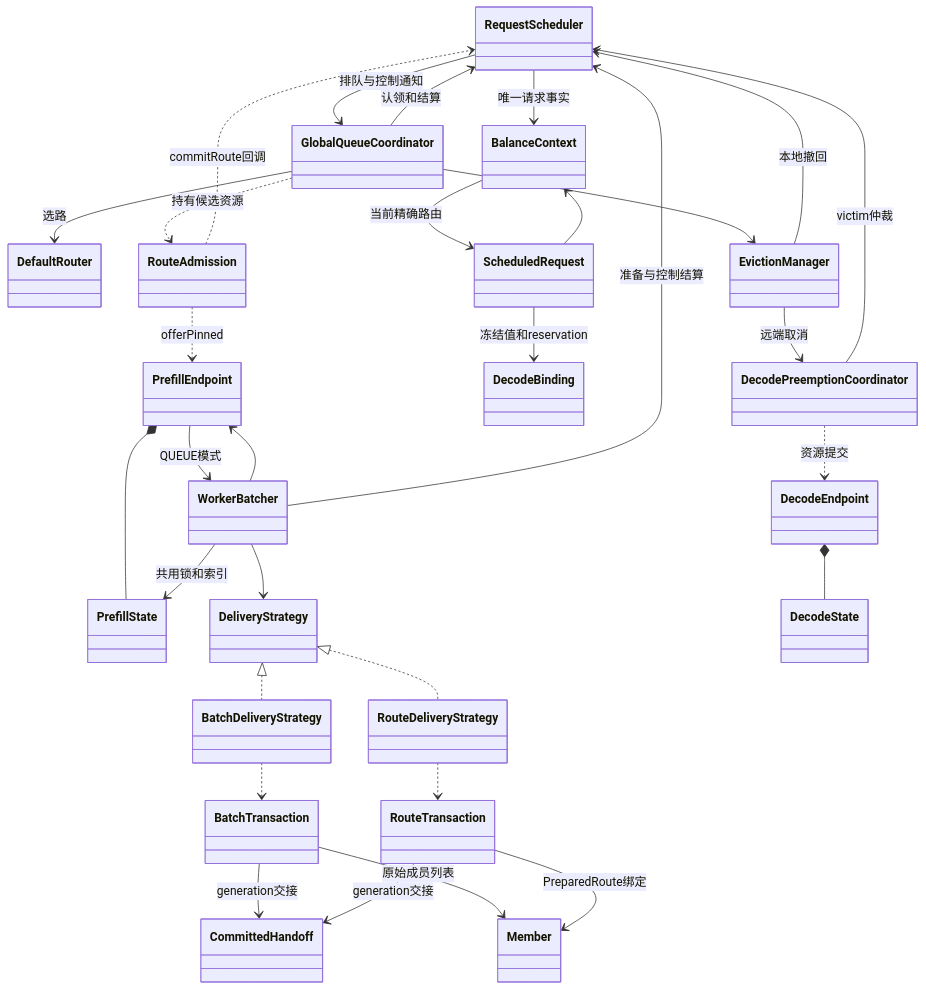
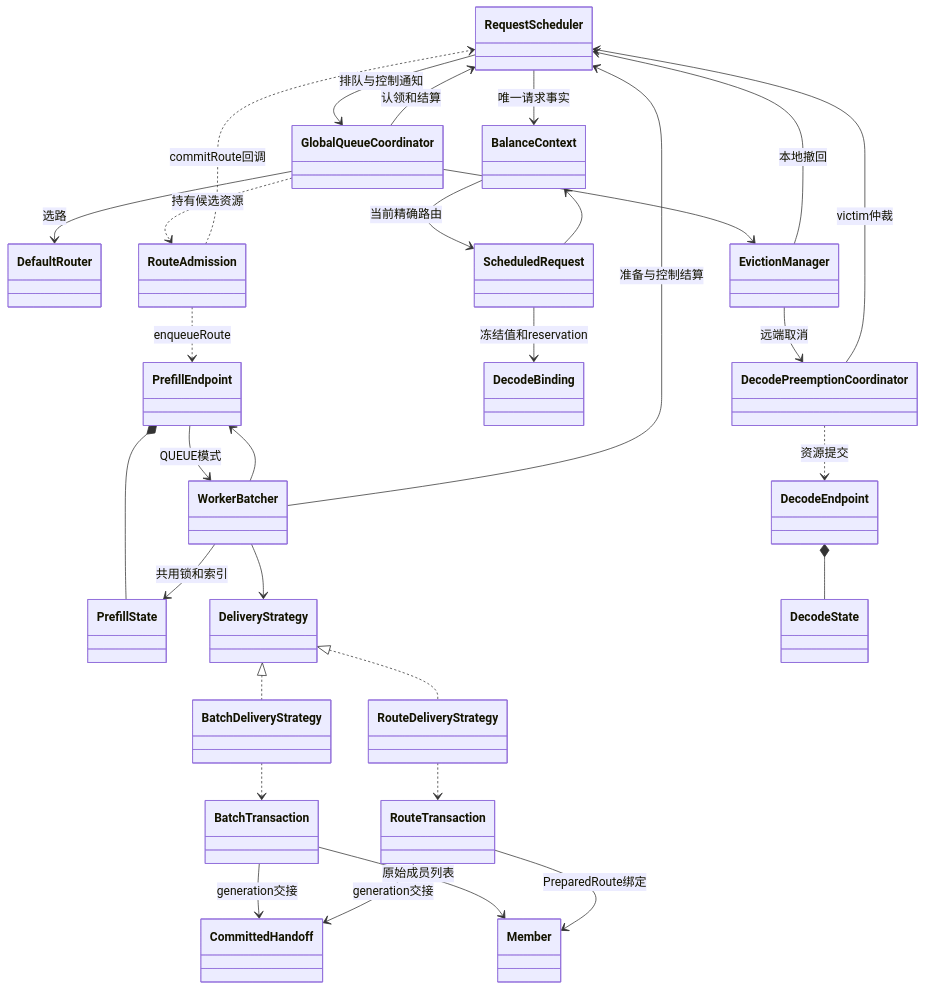
The fifth of 6 diagrams in rtp_llm/flexlb/docs/scheduler-design/class-structure-review.md (alibaba/rtp-llm), drawn with Mermaid before and after one commit. The commit also changed other lines of this file and 226 other files, not shown here.

````diff
--- a/rtp_llm/flexlb/docs/scheduler-design/class-structure-review.md
+++ b/rtp_llm/flexlb/docs/scheduler-design/class-structure-review.md
@@ -349,33 +349,33 @@
 ```mermaid
 classDiagram
     RequestScheduler --> BalanceContext : 唯一请求事实
     RequestScheduler --> GlobalQueueCoordinator : 排队与控制通知
     GlobalQueueCoordinator --> RequestScheduler : 认领和结算
     GlobalQueueCoordinator --> DefaultRouter : 选路
     GlobalQueueCoordinator ..> RouteAdmission : 持有候选资源
     RouteAdmission ..> RequestScheduler : commitRoute回调
-    RouteAdmission ..> PrefillEndpoint : offerPinned
+    RouteAdmission ..> PrefillEndpoint : enqueueRoute
     PrefillEndpoint --> WorkerBatcher : QUEUE模式
     WorkerBatcher --> PrefillEndpoint
     PrefillEndpoint *-- PrefillState
     WorkerBatcher --> PrefillState : 共用锁和索引
     WorkerBatcher --> RequestScheduler : 准备与控制结算
     WorkerBatcher --> DeliveryStrategy
     DeliveryStrategy <|.. BatchDeliveryStrategy
     DeliveryStrategy <|.. RouteDeliveryStrategy
     BatchDeliveryStrategy ..> BatchTransaction
     RouteDeliveryStrategy ..> RouteTransaction
     BatchTransaction --> CommittedHandoff : generation交接
     RouteTransaction --> CommittedHandoff : generation交接
     BatchTransaction --> Member : 原始成员列表
     RouteTransaction --> Member : PreparedRoute绑定
     BalanceContext --> ScheduledRequest : 当前精确路由
     ScheduledRequest --> BalanceContext
     ScheduledRequest --> DecodeBinding : 冻结值和reservation
     GlobalQueueCoordinator --> EvictionManager
     EvictionManager --> RequestScheduler : 本地撤回
     EvictionManager --> DecodePreemptionCoordinator : 远端取消
     DecodePreemptionCoordinator --> RequestScheduler : victim仲裁
     DecodePreemptionCoordinator ..> DecodeEndpoint : 资源提交
     DecodeEndpoint *-- DecodeState
 ```
````
